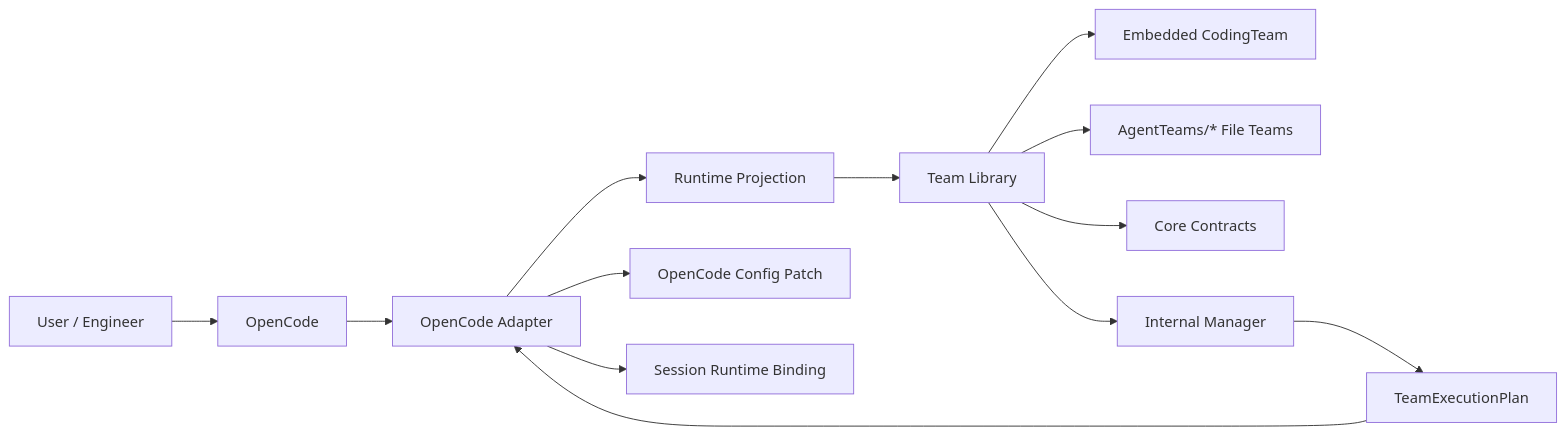
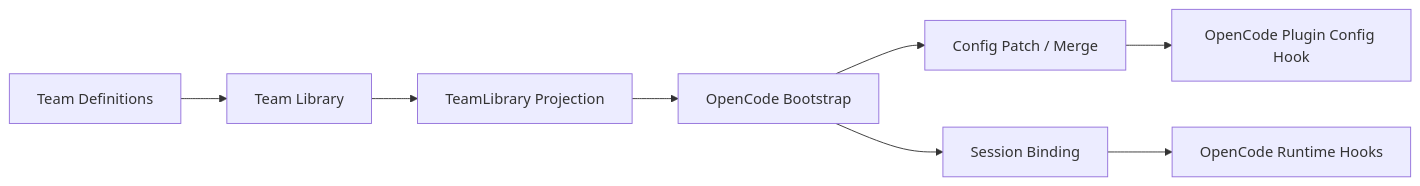
One commit to CrewBeeLab/CrewBee changed the first of 2 diagrams in docs/architecture.md. Above: the diagram before and after it, drawn with Mermaid. The commit also changed other lines of this file, not shown here.

Commit message:
docs: rewrite architecture guide around the current implementation

````diff
--- a/docs/architecture.md
+++ b/docs/architecture.md
@@ -69,15 +43,10 @@
 ```mermaid
 flowchart LR
-    U[User / Engineer] --> OC[OpenCode]
-    OC --> OA[OpenCode Adapter]
-    OA --> RT[Runtime Projection]
-    RT --> TL[Team Library]
-    TL --> ET[Embedded CodingTeam]
-    TL --> FT[AgentTeams/* File Teams]
-    TL --> CT[Core Contracts]
-    OA --> CFG[OpenCode Config Patch]
-    OA --> SB[Session Runtime Binding]
-    M[Internal Manager] --> PLAN[TeamExecutionPlan]
-    TL --> M
-    PLAN --> OA
+    A[Team Definitions] --> B[Team Library]
+    B --> C[TeamLibrary Projection]
+    C --> D[OpenCode Bootstrap]
+    D --> E[Config Patch / Merge]
+    D --> F[Session Binding]
+    E --> G[OpenCode Plugin Config Hook]
+    F --> H[OpenCode Runtime Hooks]
 ```
````
